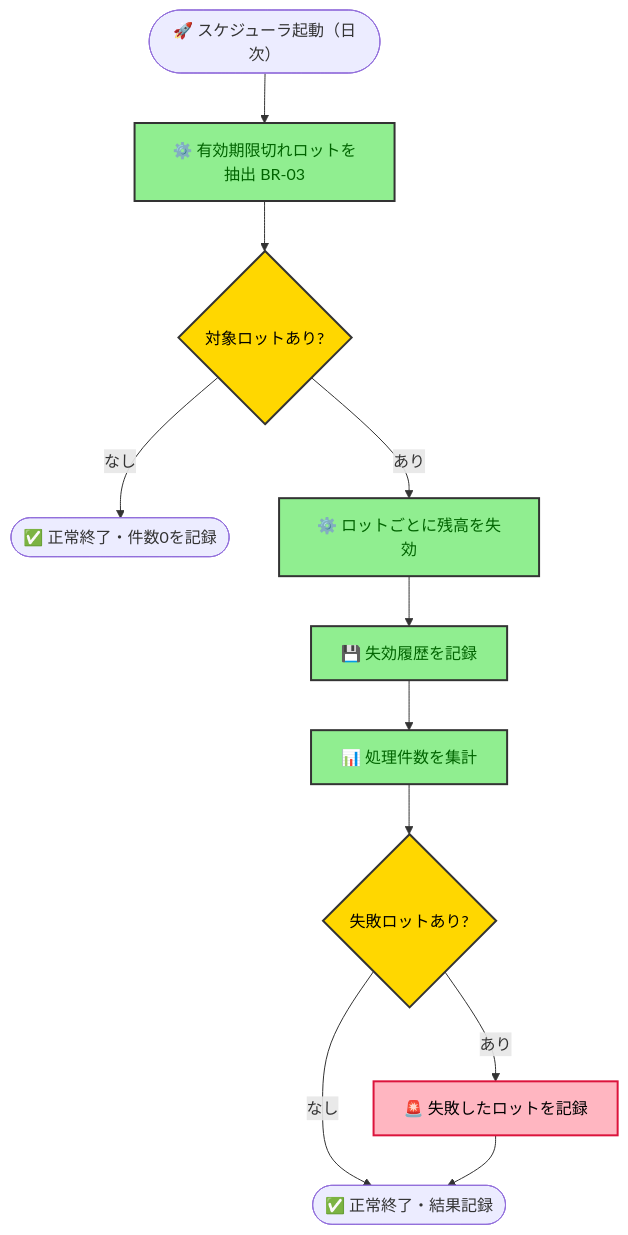
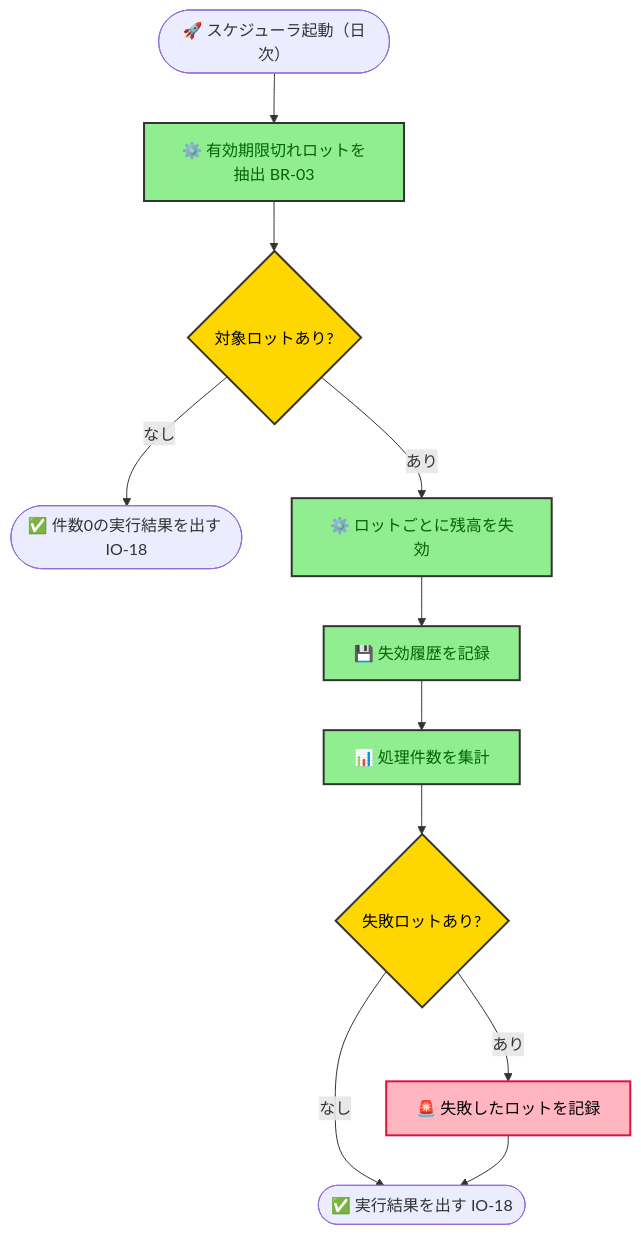
One commit to kasiopeiya/claude-dev-template changed diagram 12 of 15 in samples/docs/requirements.md. Above: the diagram before and after it, drawn with Mermaid. The commit also changed other lines of this file, not shown here.

````diff
--- a/samples/docs/requirements.md
+++ b/samples/docs/requirements.md
@@ -894,20 +946,20 @@
 ```mermaid
 flowchart TD
     start([🚀 スケジューラ起動（日次）]) --> load[⚙️ 有効期限切れロットを抽出 BR-03]
     load --> check{対象ロットあり?}
-    check -->|なし| done([✅ 正常終了・件数0を記録])
+    check -->|なし| done([✅ 件数0の実行結果を出す IO-18])
     check -->|あり| loop[⚙️ ロットごとに残高を失効]
     loop --> record[💾 失効履歴を記録]
     record --> agg[📊 処理件数を集計]
     agg --> errCheck{失敗ロットあり?}
     errCheck -->|あり| alert[🚨 失敗したロットを記録]
-    errCheck -->|なし| done2([✅ 正常終了・結果記録])
+    errCheck -->|なし| done2([✅ 実行結果を出す IO-18])
     alert --> done2
 
     classDef step fill:#90EE90,stroke:#333,stroke-width:2px,color:darkgreen
     classDef decision fill:#FFD700,stroke:#333,stroke-width:2px,color:black
     classDef error fill:#FFB6C1,stroke:#DC143C,stroke-width:2px,color:black
     class load,loop,record,agg step
     class check,errCheck decision
     class alert error
 ```
````
